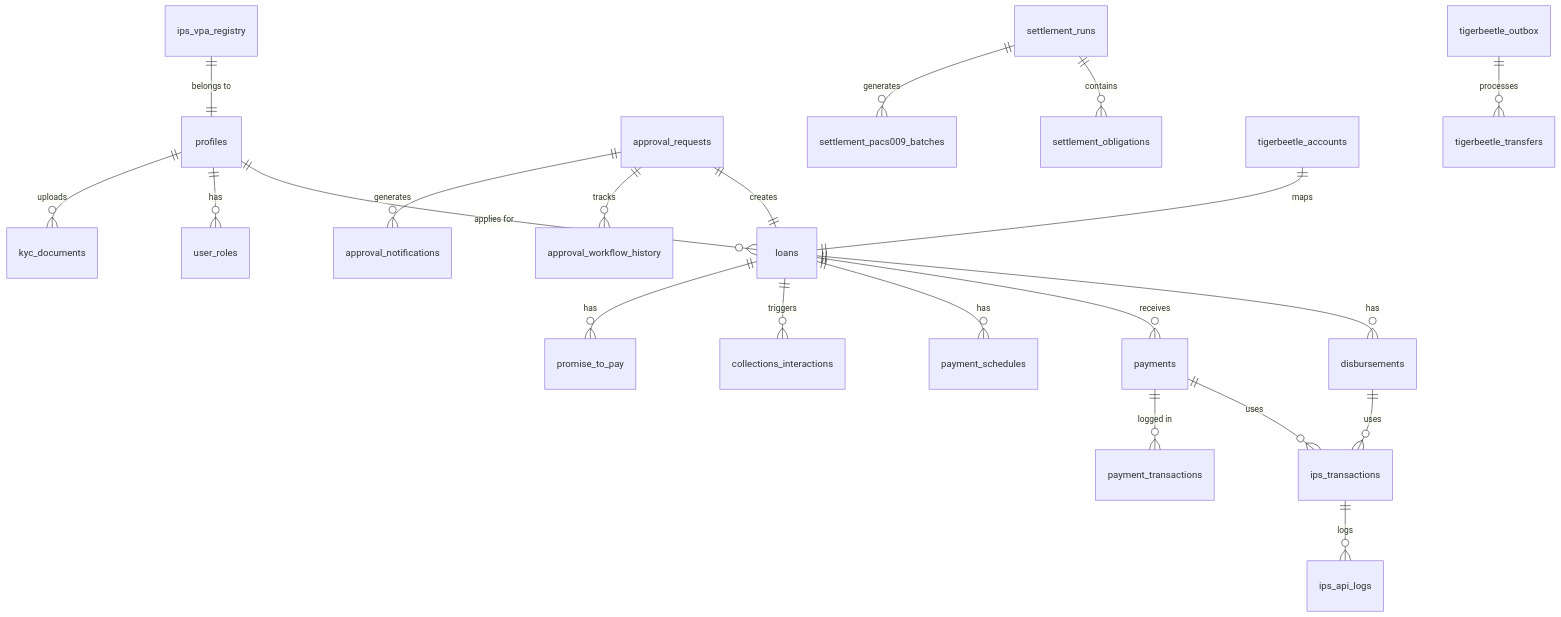
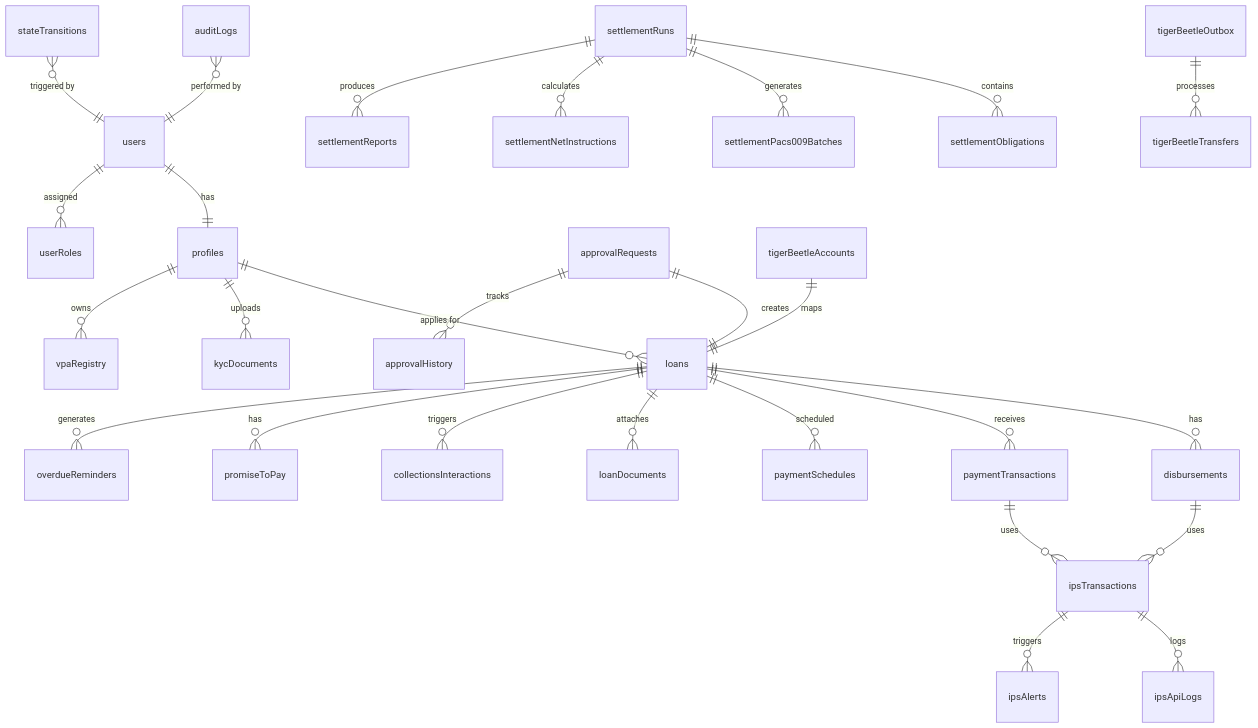
Before and after one commit to DKTony/namlend-trust-portal-v220: the diagram in docs/DATABASE_SCHEMA.md, drawn with Mermaid. The commit also changed other lines of this file and 241 other files, not shown here.

First line of the commit message:
feat: Convex backend migration, dark mode, mobile Neo-Fintech theme, settlement system, TigerBeetle integration

````diff
--- a/docs/DATABASE_SCHEMA.md
+++ b/docs/DATABASE_SCHEMA.md
@@ -152,30 +277,37 @@
 ```mermaid
 erDiagram
+    users ||--|| profiles : "has"
+    users ||--o{ userRoles : "assigned"
     profiles ||--o{ loans : "applies for"
-    profiles ||--o{ user_roles : "has"
-    profiles ||--o{ kyc_documents : "uploads"
+    profiles ||--o{ kycDocuments : "uploads"
+    profiles ||--o{ vpaRegistry : "owns"
 
     loans ||--o{ disbursements : "has"
-    loans ||--o{ payments : "receives"
-    loans ||--o{ payment_schedules : "has"
+    loans ||--o{ paymentTransactions : "receives"
+    loans ||--o{ paymentSchedules : "scheduled"
+    loans ||--o{ loanDocuments : "attaches"
 
-    approval_requests ||--|| loans : "creates"
-    approval_requests ||--o{ approval_workflow_history : "tracks"
-    approval_requests ||--o{ approval_notifications : "generates"
+    approvalRequests ||--|| loans : "creates"
+    approvalRequests ||--o{ approvalHistory : "tracks"
 
-    disbursements ||--o{ ips_transactions : "uses"
-    payments ||--o{ ips_transactions : "uses"
-    payments ||--o{ payment_transactions : "logged in"
+    disbursements ||--o{ ipsTransactions : "uses"
+    paymentTransactions ||--o{ ipsTransactions : "uses"
 
-    ips_transactions ||--o{ ips_api_logs : "logs"
-    ips_vpa_registry ||--|| profiles : "belongs to"
+    ipsTransactions ||--o{ ipsApiLogs : "logs"
+    ipsTransactions ||--o{ ipsAlerts : "triggers"
 
-    loans ||--o{ collections_interactions : "triggers"
-    loans ||--o{ promise_to_pay : "has"
+    loans ||--o{ collectionsInteractions : "triggers"
+    loans ||--o{ promiseToPay : "has"
+    loans ||--o{ overdueReminders : "generates"
 
-    settlement_runs ||--o{ settlement_obligations : "contains"
-    settlement_runs ||--o{ settlement_pacs009_batches : "generates"
+    settlementRuns ||--o{ settlementObligations : "contains"
+    settlementRuns ||--o{ settlementPacs009Batches : "generates"
+    settlementRuns ||--o{ settlementNetInstructions : "calculates"
+    settlementRuns ||--o{ settlementReports : "produces"
 
-    tigerbeetle_accounts ||--|| loans : "maps"
-    tigerbeetle_outbox ||--o{ tigerbeetle_transfers : "processes"
+    tigerBeetleOutbox ||--o{ tigerBeetleTransfers : "processes"
+    tigerBeetleAccounts ||--|| loans : "maps"
+
+    auditLogs }o--|| users : "performed by"
+    stateTransitions }o--|| users : "triggered by"
 ```
````
